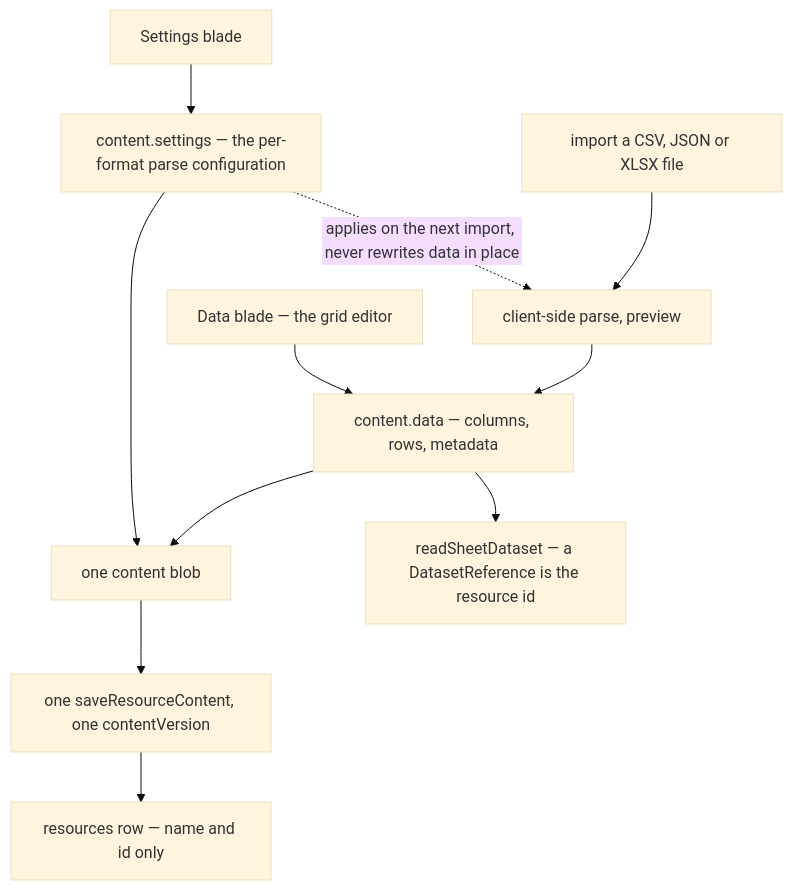
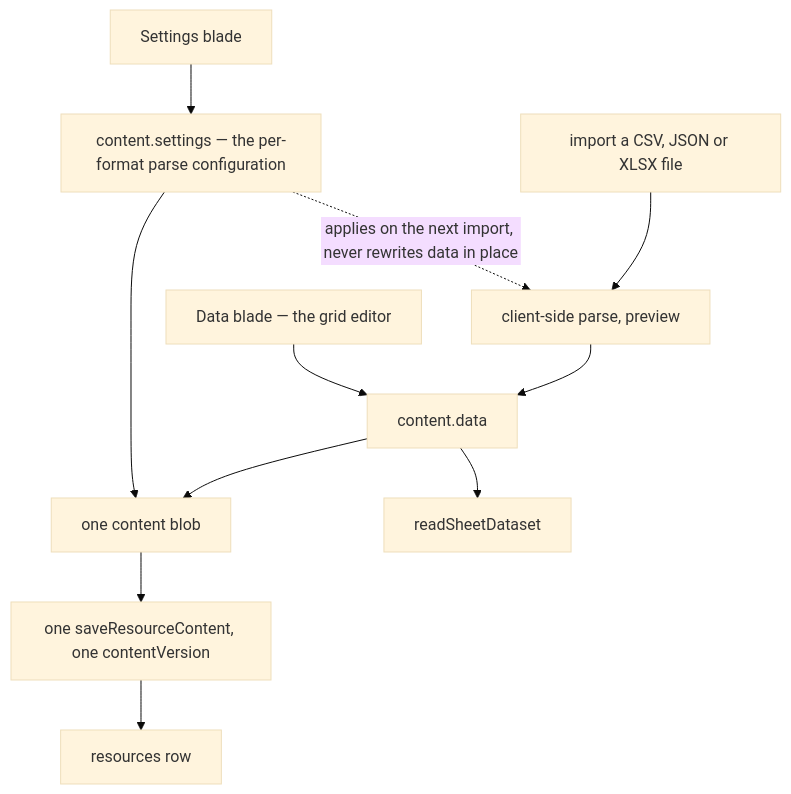
One commit to Esposter/Esposter changed the diagram in openspec/specs/resource/sheet-resource/design.md. Above: the diagram before and after it, drawn with Mermaid (base theme). The commit also changed 3 other files, not shown here.

````diff
--- a/openspec/specs/resource/sheet-resource/design.md
+++ b/openspec/specs/resource/sheet-resource/design.md
@@ -13,14 +13,14 @@
 ```mermaid
 flowchart TD
   IMPORT["import a CSV, JSON or XLSX file"] --> PARSE["client-side parse, preview"]
-  PARSE --> DATA["content.data — columns, rows, metadata"]
-  ROW["resources row — name and id only"]
+  PARSE --> DATA["content.data"]
+  ROW["resources row"]
   SETTINGSFORM["Settings blade"] --> SETTINGS["content.settings — the per-format parse configuration"]
   GRID["Data blade — the grid editor"] --> DATA
   DATA --> BLOB["one content blob"]
   SETTINGS --> BLOB
   BLOB --> SAVE["one saveResourceContent, one contentVersion"]
   SAVE --> ROW
-  DATA --> DATASET["readSheetDataset — a DatasetReference is the resource id"]
+  DATA --> DATASET["readSheetDataset"]
   SETTINGS -.->|"applies on the next import, never rewrites data in place"| PARSE
 ```
````
